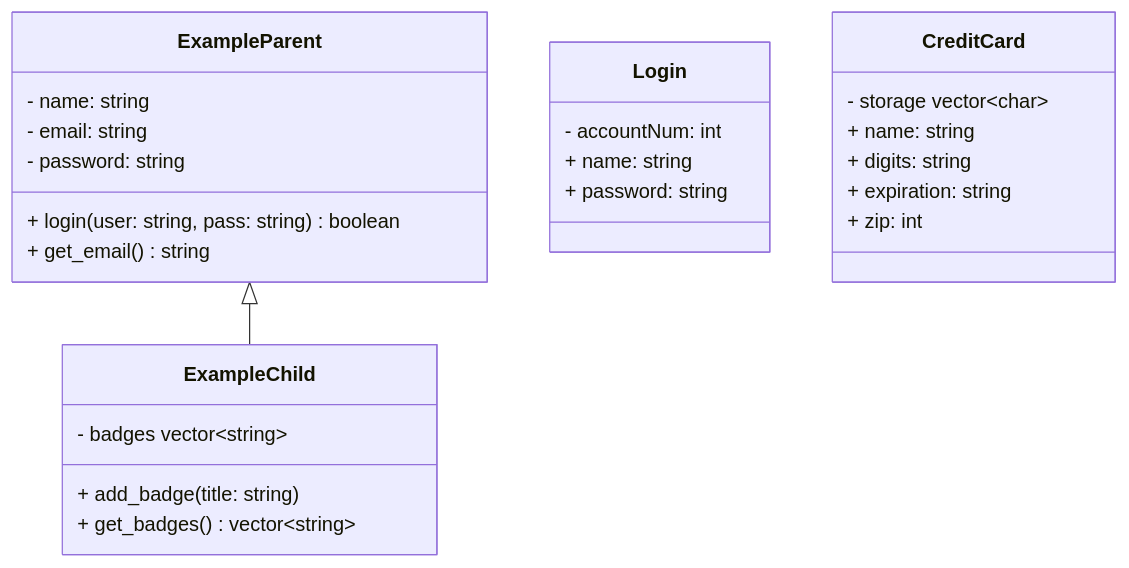
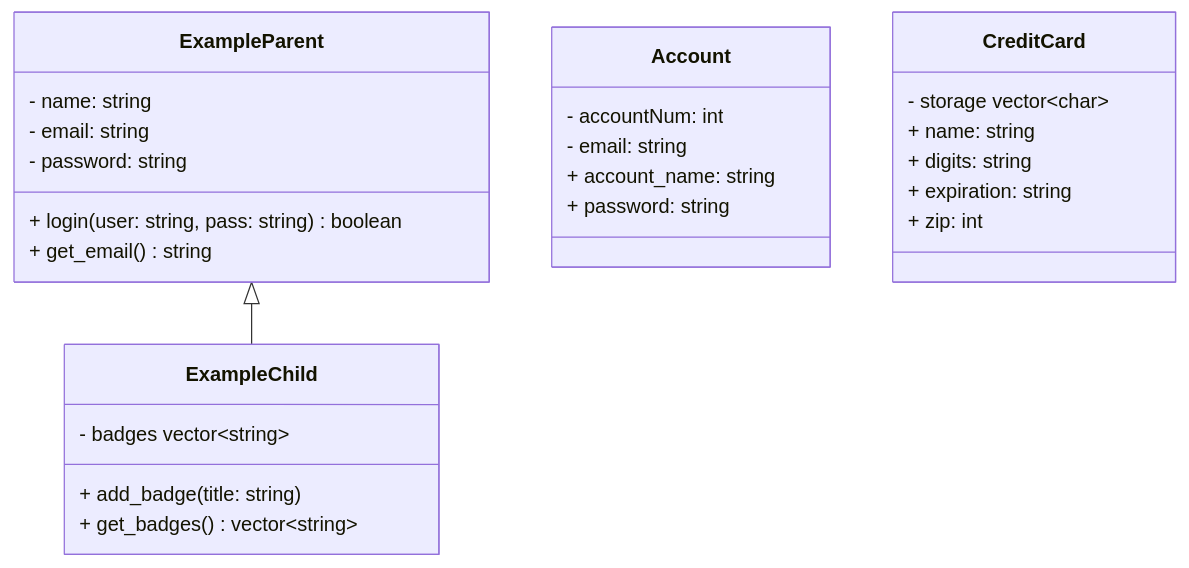
One commit to robert00000/tippitytappity-design changed the diagram in README.md. Above: the diagram before and after it, drawn with Mermaid.

Commit message:
Implementing an account class with an email associated with it.

````diff
--- a/README.md
+++ b/README.md
@@ -8,28 +8,29 @@
 ```mermaid
 classDiagram
   ExampleParent <|-- ExampleChild
   class ExampleParent{
         - name: string
         - email: string
         - password: string
         + login(user: string, pass: string) boolean
         + get_email() string
   }
   class ExampleChild{
         - badges vector~string~
         + add_badge(title: string)
         + get_badges() vector~string~
   }
-  class Login{
+  class Account{
         - accountNum: int
-        + name: string
+        - email: string
+        + account_name: string
         + password: string
   }
   class CreditCard{
         - storage vector~char~
         + name: string
         + digits: string
         + expiration: string
         + zip: int
   }
 ```
````
